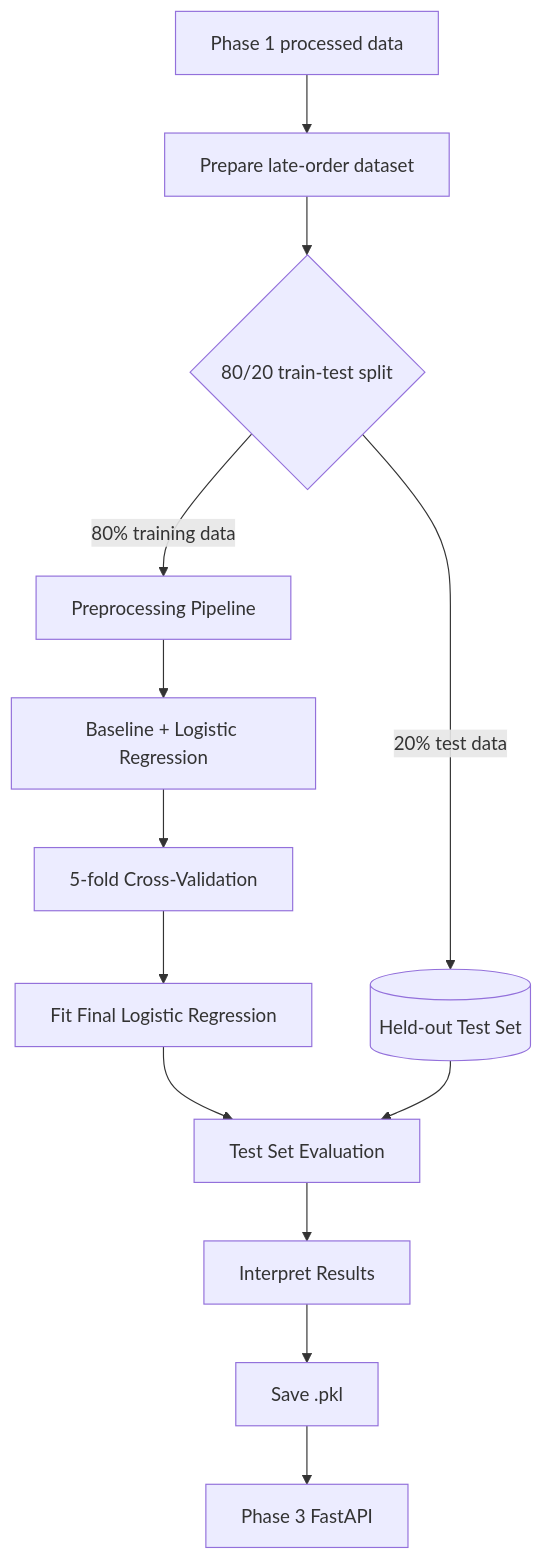
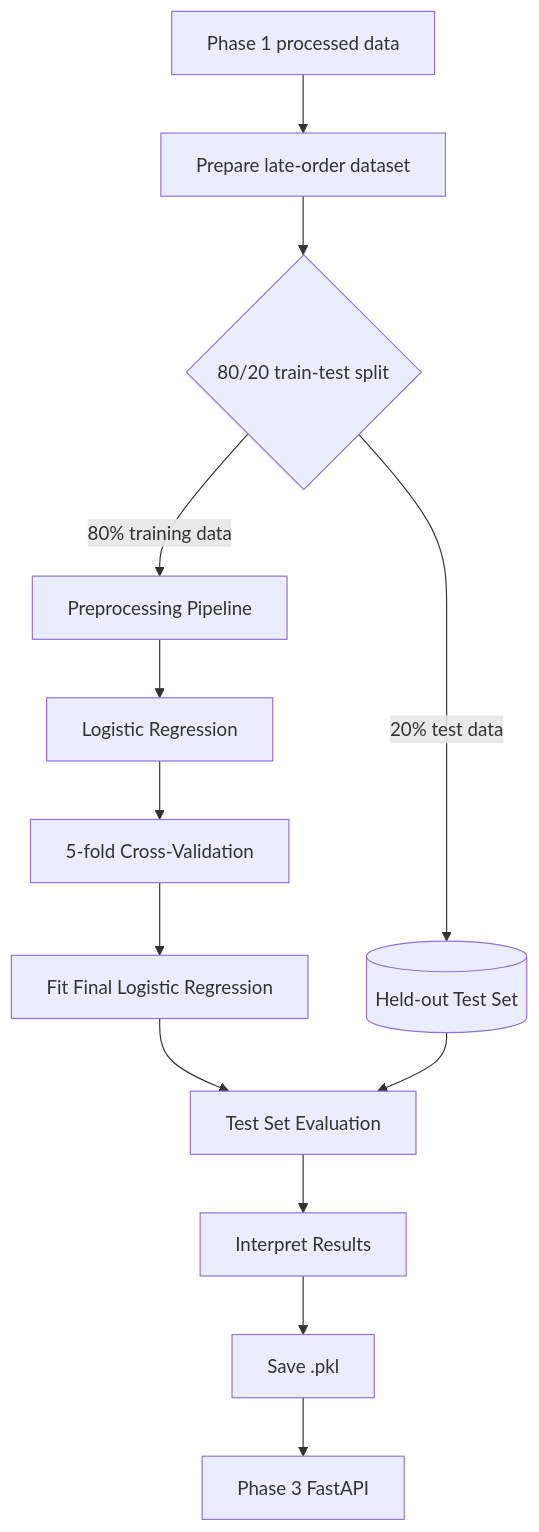
Before and after one commit to Voycepeh/Team01_IT5006_Ecommerce_Analytics_AY2627Sem1: the diagram in docs/phase2-classification-workflow.md, drawn with Mermaid.

Commit message:
Align Phase 2 diagram with Logistic Regression notebook

````diff
--- a/docs/phase2-classification-workflow.md
+++ b/docs/phase2-classification-workflow.md
@@ -17,18 +17,18 @@
 ```mermaid
 flowchart TD
     A[Phase 1 processed data] --> B[Prepare late-order dataset]
     B --> C{80/20 train-test split}
 
     C -->|80% training data| D[Preprocessing Pipeline]
-    D --> E[Baseline + Logistic Regression]
+    D --> E[Logistic Regression]
     E --> F[5-fold Cross-Validation]
     F --> G[Fit Final Logistic Regression]
 
     C -->|20% test data| H[(Held-out Test Set)]
     G --> I[Test Set Evaluation]
     H --> I
 
     I --> J[Interpret Results]
     J --> K[Save .pkl]
     K --> L[Phase 3 FastAPI]
 ```
````
